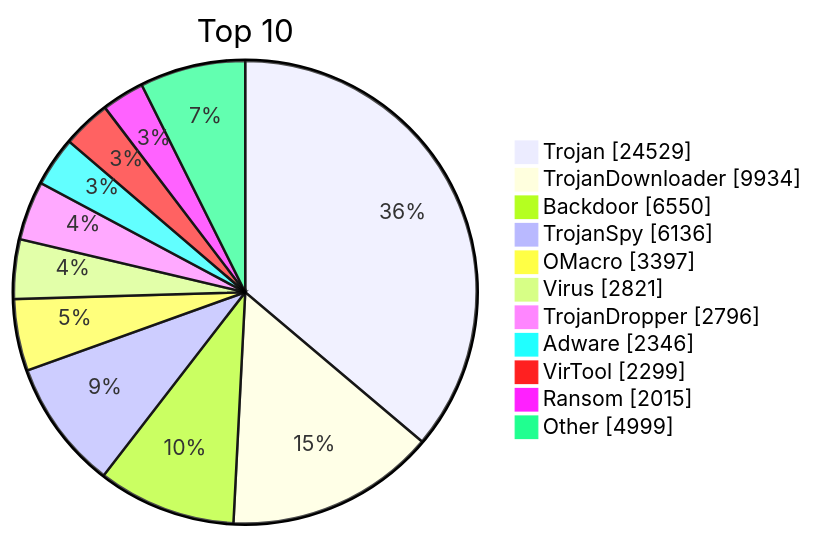
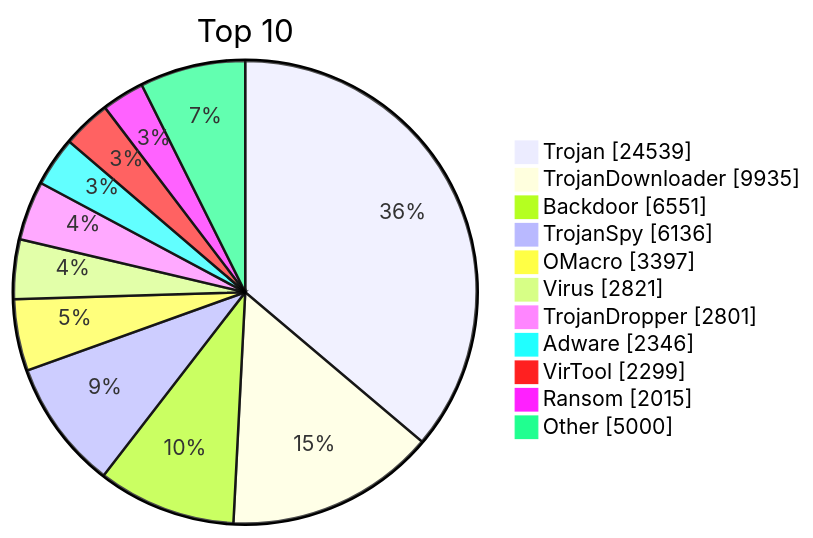
The diagram in README.md (JerryLinLinLin/huorong-virdb-changelog), drawn with Mermaid before and after one commit. The commit also changed other lines of this file and 15 other files, not shown here.

````diff
--- a/README.md
+++ b/README.md
@@ -19,15 +19,15 @@
 ```mermaid
 pie showData
     title Top 10
-    "Trojan" : 24529
-    "TrojanDownloader" : 9934
-    "Backdoor" : 6550
+    "Trojan" : 24539
+    "TrojanDownloader" : 9935
+    "Backdoor" : 6551
     "TrojanSpy" : 6136
     "OMacro" : 3397
     "Virus" : 2821
-    "TrojanDropper" : 2796
+    "TrojanDropper" : 2801
     "Adware" : 2346
     "VirTool" : 2299
     "Ransom" : 2015
-    "Other" : 4999
+    "Other" : 5000
 ```
````
